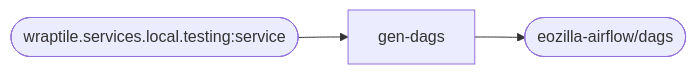
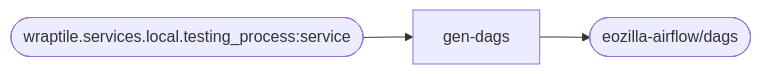
One commit to eo-tools/eozilla changed the seventh of 7 diagrams in docs/architecture.md. Above: the diagram before and after it, drawn with Mermaid. The commit also changed 19 other files, not shown here.

Commit message:
create workflow service and update `testing` service to `testing_process`

````diff
--- a/docs/architecture.md
+++ b/docs/architecture.md
@@ -292,11 +292,11 @@
 ```mermaid
 ---
 config:
   theme: default
 ---
 flowchart LR
-    local_service@{ shape: stadium, label: "wraptile.services.local.testing:service" }
+    local_service@{ shape: stadium, label: "wraptile.services.local.testing_process:service" }
     dags@{ shape: stadium, label: "eozilla-airflow/dags" }
     local_service --> gen-dags
     gen-dags --> dags
 ```
````
